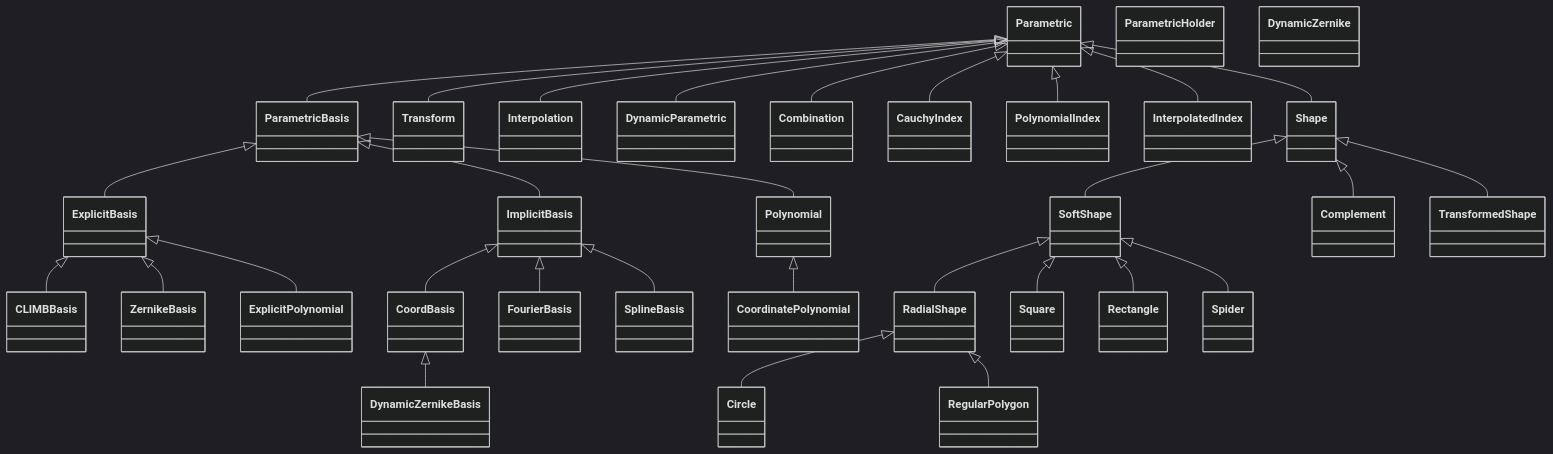
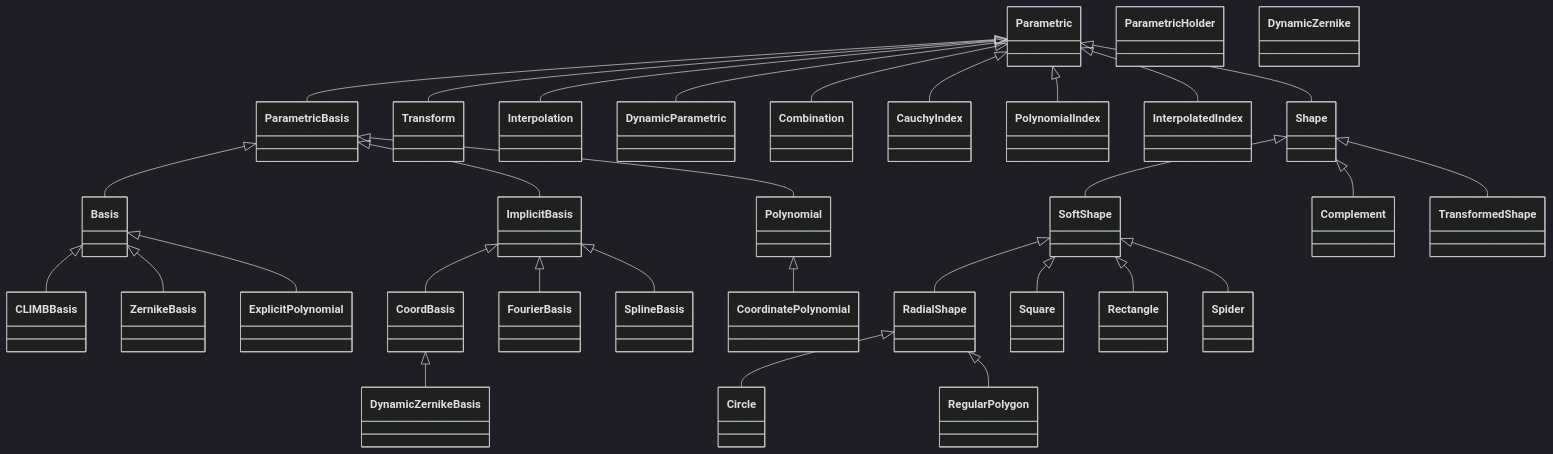
The diagram in docs/API/parametric/overview.md (LouisDesdoigts/dLux), drawn with Mermaid (dark theme) before and after one commit. The commit also changed 10 other files, not shown here.

Commit message:
Rename ExplicitBasis to Basis

````diff
--- a/docs/API/parametric/overview.md
+++ b/docs/API/parametric/overview.md
@@ -5,7 +5,7 @@
 ```mermaid
 classDiagram
     class dLux_parametric_bases_ParametricBasis["ParametricBasis"]
-    class dLux_parametric_bases_ExplicitBasis["ExplicitBasis"]
+    class dLux_parametric_bases_Basis["Basis"]
     class dLux_parametric_bases_ImplicitBasis["ImplicitBasis"]
     class dLux_parametric_bases_CoordBasis["CoordBasis"]
     class dLux_parametric_bases_CLIMBBasis["CLIMBBasis"]
@@ -38,13 +38,13 @@
     class dLux_parametric_shapes_TransformedShape["TransformedShape"]
     dLux_parametric_parametrics_Parametric <|-- dLux_parametric_bases_ParametricBasis
     click dLux_parametric_bases_ParametricBasis href "../bases/#dLux.parametric.bases.ParametricBasis" "Attributes: coefficients, basis_shape · Properties: coeffs, c, alpha, coefficient_shape · Methods: evaluate_basis(), solve_basis()"
-    dLux_parametric_bases_ParametricBasis <|-- dLux_parametric_bases_ExplicitBasis
-    click dLux_parametric_bases_ExplicitBasis href "../bases/#dLux.parametric.bases.ExplicitBasis" "Attributes: coefficients, basis_shape, basis · Methods: evaluate(), solve_basis()"
+    dLux_parametric_bases_ParametricBasis <|-- dLux_parametric_bases_Basis
+    click dLux_parametric_bases_Basis href "../bases/#dLux.parametric.bases.Basis" "Attributes: coefficients, basis_shape, basis · Methods: evaluate(), solve_basis()"
     dLux_parametric_bases_ParametricBasis <|-- dLux_parametric_bases_ImplicitBasis
     click dLux_parametric_bases_ImplicitBasis href "../bases/#dLux.parametric.bases.ImplicitBasis" "Attributes: coefficients, basis_shape · Methods: calculate_basis(), evaluate(), solve_basis()"
     dLux_parametric_bases_ImplicitBasis <|-- dLux_parametric_bases_CoordBasis
     click dLux_parametric_bases_CoordBasis href "../bases/#dLux.parametric.bases.CoordBasis" "Attributes: coefficients, basis_shape · Methods: get_coordinates()"
-    dLux_parametric_bases_ExplicitBasis <|-- dLux_parametric_bases_CLIMBBasis
+    dLux_parametric_bases_Basis <|-- dLux_parametric_bases_CLIMBBasis
     click dLux_parametric_bases_CLIMBBasis href "../bases/#dLux.parametric.bases.CLIMBBasis" "Attributes: coefficients, basis_shape, basis, values, oversample · Methods: evaluate_latent(), evaluate()"
     dLux_parametric_bases_ImplicitBasis <|-- dLux_parametric_bases_FourierBasis
     click dLux_parametric_bases_FourierBasis href "../bases/#dLux.parametric.bases.FourierBasis" "Attributes: coefficients, basis_shape, kernels · Methods: calculate_basis(), evaluate(), resize()"
@@ -61,13 +61,13 @@
     dLux_parametric_parametrics_Parametric <|-- dLux_parametric_parametrics_Combination
     click dLux_parametric_parametrics_Combination href "../parametrics/#dLux.parametric.parametrics.Combination" "Attributes: parametrics, operation · Methods: validate_operation(), combine(), values(), evaluate()"
     click dLux_parametric_polynomials_DynamicZernike href "../polynomials/#dLux.parametric.polynomials.DynamicZernike" "Attributes: j, n, m, name, _c, _k · Methods: calculate()"
-    dLux_parametric_bases_ExplicitBasis <|-- dLux_parametric_polynomials_ZernikeBasis
+    dLux_parametric_bases_Basis <|-- dLux_parametric_polynomials_ZernikeBasis
     click dLux_parametric_polynomials_ZernikeBasis href "../polynomials/#dLux.parametric.polynomials.ZernikeBasis" "Attributes: coefficients, basis_shape, basis"
     dLux_parametric_bases_CoordBasis <|-- dLux_parametric_polynomials_DynamicZernikeBasis
     click dLux_parametric_polynomials_DynamicZernikeBasis href "../polynomials/#dLux.parametric.polynomials.DynamicZernikeBasis" "Attributes: coefficients, basis_shape, zernikes, nsides, diameter · Methods: calculate_basis()"
     dLux_parametric_bases_ParametricBasis <|-- dLux_parametric_polynomials_Polynomial
     click dLux_parametric_polynomials_Polynomial href "../polynomials/#dLux.parametric.polynomials.Polynomial" "Attributes: coefficients, basis_shape, powers · Methods: calculate_basis(), evaluate(), solve_basis()"
-    dLux_parametric_bases_ExplicitBasis <|-- dLux_parametric_polynomials_ExplicitPolynomial
+    dLux_parametric_bases_Basis <|-- dLux_parametric_polynomials_ExplicitPolynomial
     click dLux_parametric_polynomials_ExplicitPolynomial href "../polynomials/#dLux.parametric.polynomials.ExplicitPolynomial" "Attributes: coefficients, basis_shape, basis, powers"
     dLux_parametric_polynomials_Polynomial <|-- dLux_parametric_polynomials_CoordinatePolynomial
     click dLux_parametric_polynomials_CoordinatePolynomial href "../polynomials/#dLux.parametric.polynomials.CoordinatePolynomial" "Attributes: coefficients, basis_shape, powers, ndim · Methods: calculate_basis()"
````
